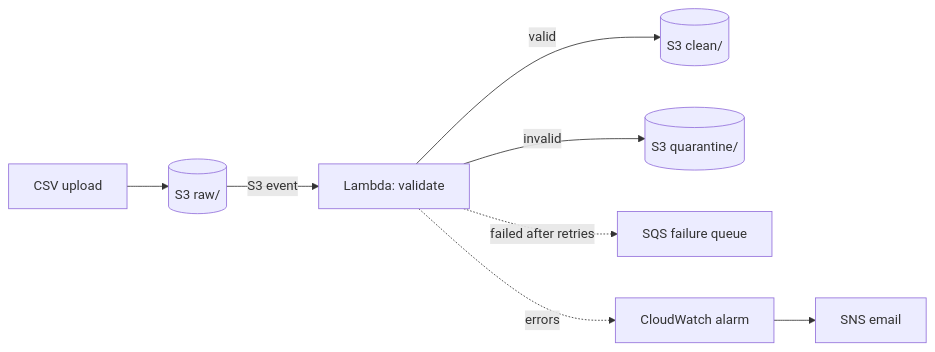
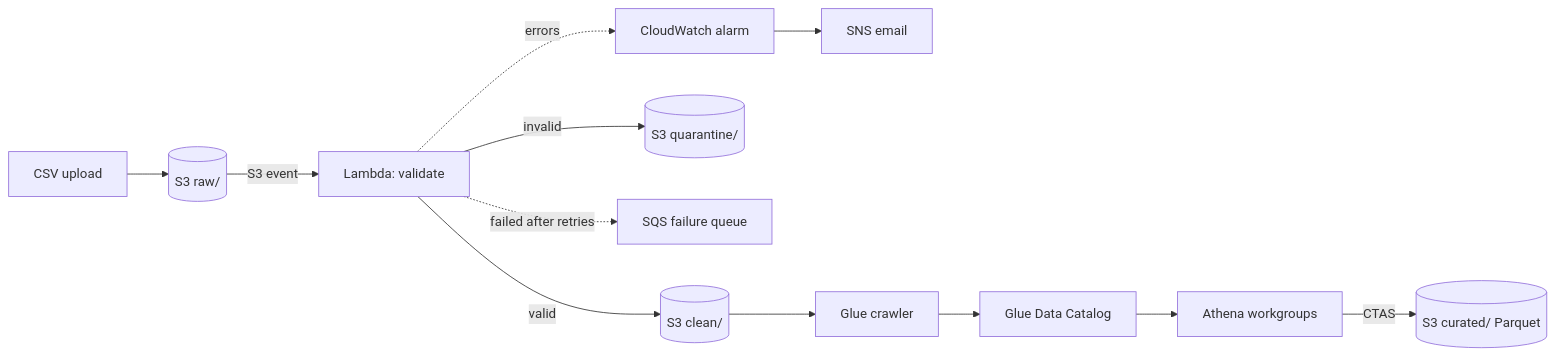
The diagram in README.md (DataPoole/dea-lab), drawn with Mermaid before and after one commit. The commit also changed other lines of this file and 2 other files, not shown here.

````diff
--- a/README.md
+++ b/README.md
@@ -10,9 +10,12 @@
 ```mermaid
 flowchart LR
   U[CSV upload] --> R[(S3 raw/)]
   R -->|S3 event| L[Lambda: validate]
   L -->|valid| C[(S3 clean/)]
   L -->|invalid| Q[(S3 quarantine/)]
   L -.->|failed after retries| D[SQS failure queue]
   L -.->|errors| A[CloudWatch alarm] --> S[SNS email]
+  C --> K[Glue crawler] --> G[Glue Data Catalog]
+  G --> AT[Athena workgroups]
+  AT -->|CTAS| P[(S3 curated/ Parquet)]
 ```
````
